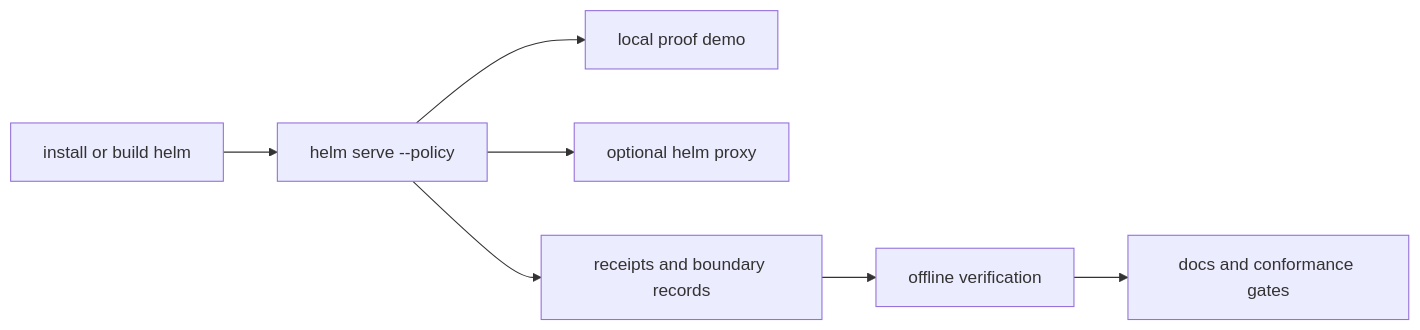
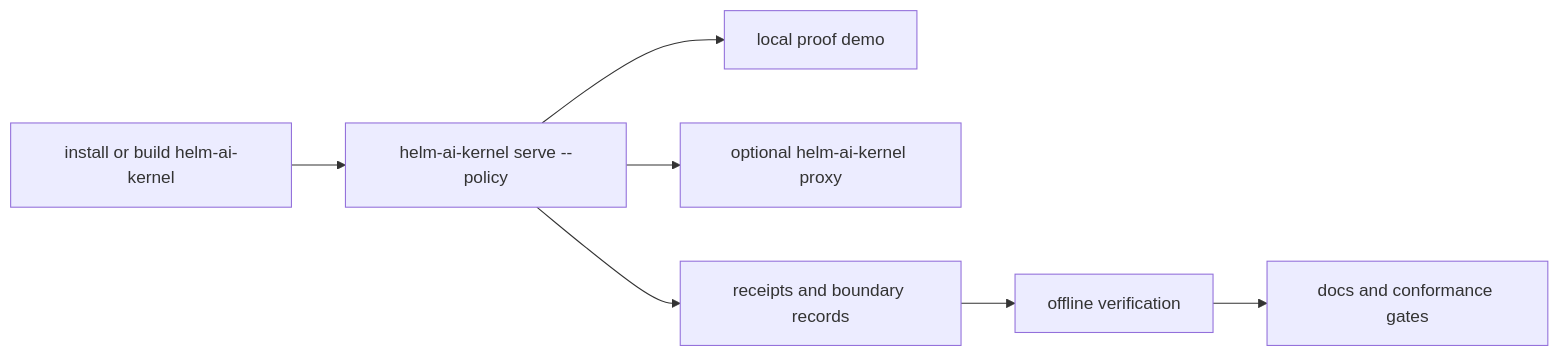
Before and after one commit to Mindburn-Labs/helm-ai-kernel: the diagram in docs/DEVELOPER_JOURNEY.md, drawn with Mermaid. The commit also changed other lines of this file and 966 other files, not shown here.

First line of the commit message:
chore: complete helm-ai-kernel rename (#138)

````diff
--- a/docs/DEVELOPER_JOURNEY.md
+++ b/docs/DEVELOPER_JOURNEY.md
@@ -10,9 +18,9 @@
 ```mermaid
 flowchart LR
-  Install["install or build helm"] --> Serve["helm serve --policy"]
+  Install["install or build helm-ai-kernel"] --> Serve["helm-ai-kernel serve --policy"]
   Serve --> Demo["local proof demo"]
-  Serve --> Proxy["optional helm proxy"]
+  Serve --> Proxy["optional helm-ai-kernel proxy"]
   Serve --> Receipts["receipts and boundary records"]
   Receipts --> Verify["offline verification"]
   Verify --> Gates["docs and conformance gates"]
 ```
````
